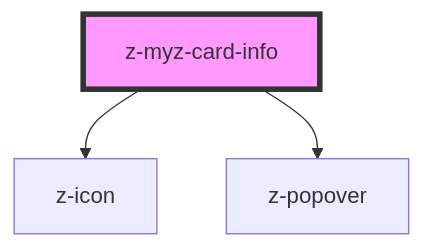
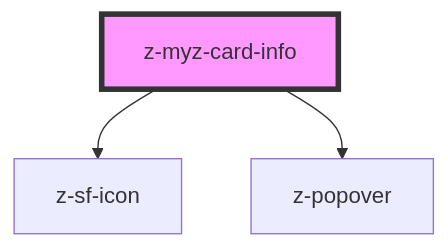
One commit to ZanichelliEditore/design-system changed the diagram in src/snowflakes/myz/card/z-myz-card-info/readme.md. Above: the diagram before and after it, drawn with Mermaid. The commit also changed other lines of this file and 25 other files, not shown here.

````diff
--- a/src/snowflakes/myz/card/z-myz-card-info/readme.md
+++ b/src/snowflakes/myz/card/z-myz-card-info/readme.md
@@ -36,6 +36,6 @@
 ```mermaid
 graph TD;
-  z-myz-card-info --> z-icon
+  z-myz-card-info --> z-sf-icon
   z-myz-card-info --> z-popover
   style z-myz-card-info fill:#f9f,stroke:#333,stroke-width:4px
 ```
````
